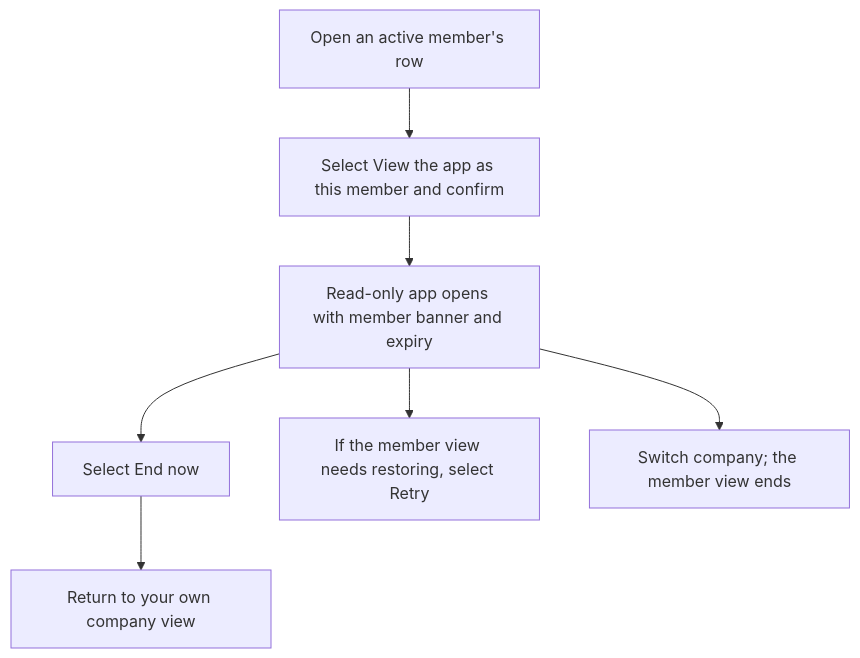
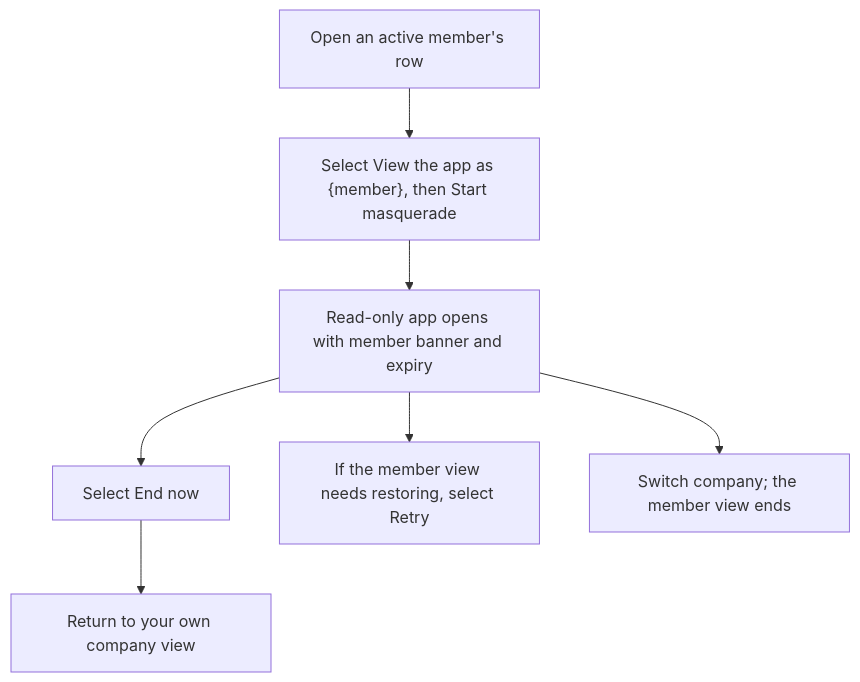
One commit to Kevinjohn/capacitylens changed the first of 2 diagrams in user-stories/team/US-TEAM-08-view-as-member.md. Above: the diagram before and after it, drawn with Mermaid. The commit also changed other lines of this file and 119 other files, not shown here.

First line of the commit message:
docs: correct story text and flow diagrams against current source

````diff
--- a/user-stories/team/US-TEAM-08-view-as-member.md
+++ b/user-stories/team/US-TEAM-08-view-as-member.md
@@ -20,9 +20,9 @@
 ```mermaid
 flowchart TD
-    Row["Open an active member's row"] --> Confirm["Select View the app as this member and confirm"]
+    Row["Open an active member's row"] --> Confirm["Select View the app as {member}, then Start masquerade"]
     Confirm --> View["Read-only app opens with member banner and expiry"]
     View --> End["Select End now"]
     End --> Own["Return to your own company view"]
     View --> Retry["If the member view needs restoring, select Retry"]
     View --> Switch["Switch company; the member view ends"]
 ```
````
